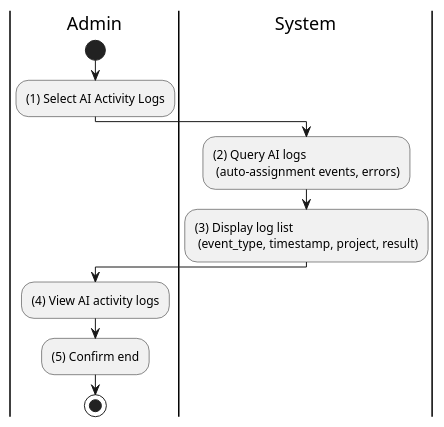
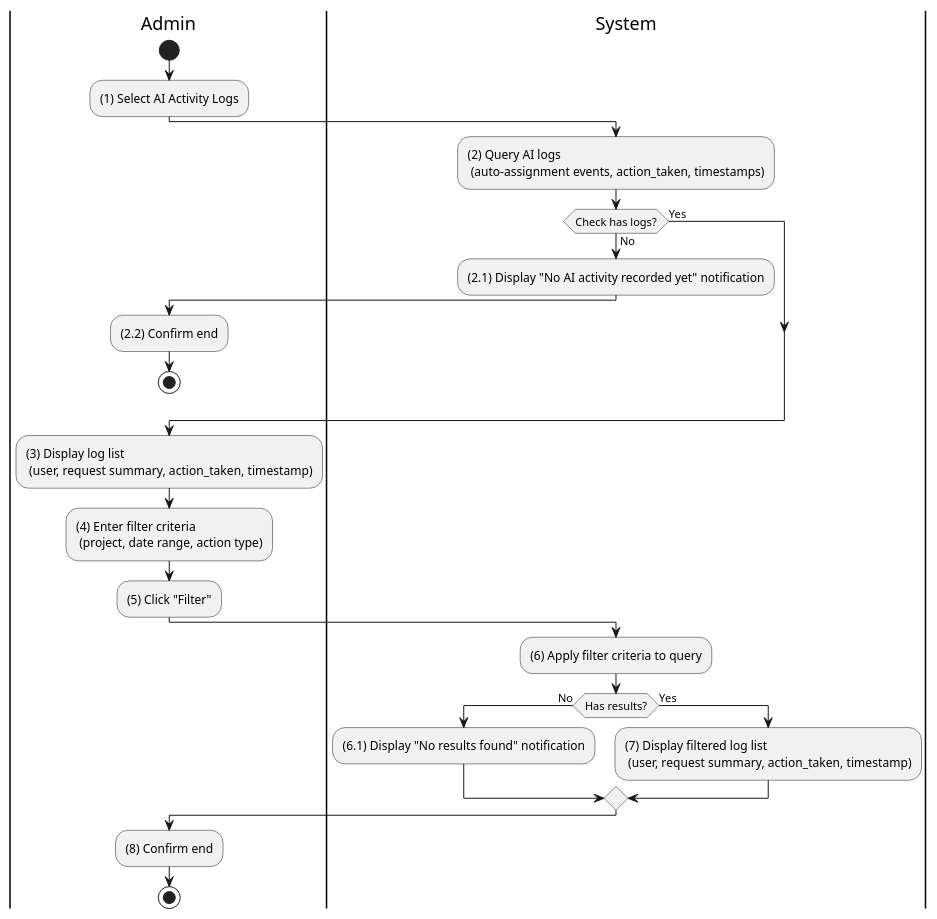
One commit to taskpilot-platform/taskpilot-platform.github.io changed the diagram in docs/docs/activity/ai-assistant/view-ai-activity-logs.md. Above: the diagram before and after it, drawn with PlantUML. The commit also changed 10 other files, not shown here.

First line of the commit message:
expand activity diagrams: add empty-state checks and filter flows

````diff
--- a/docs/docs/activity/ai-assistant/view-ai-activity-logs.md
+++ b/docs/docs/activity/ai-assistant/view-ai-activity-logs.md
@@ -3,20 +3,43 @@
 ```plantuml
 @startuml
 |A|Admin
 |S|System
 
 |A|
 start
 :(1) Select AI Activity Logs;
 
 |S|
-:(2) Query AI logs \n (auto-assignment events, errors);
-:(3) Display log list \n (event_type, timestamp, project, result);
+:(2) Query AI logs \n (auto-assignment events, action_taken, timestamps);
+
+if (Check has logs?) then (No)
+  :(2.1) Display "No AI activity recorded yet" notification;
+  |A|
+  :(2.2) Confirm end;
+  stop
+else (Yes)
+endif
+
+:(3) Display log list \n (user, request summary, action_taken, timestamp);
 
 |A|
-:(4) View AI activity logs;
-:(5) Confirm end;
+:(4) Enter filter criteria \n (project, date range, action type);
+:(5) Click "Filter";
+
+|S|
+:(6) Apply filter criteria to query;
+
+if (Has results?) then (No)
+  :(6.1) Display "No results found" notification;
+  |A|
+else (Yes)
+  |S|
+  :(7) Display filtered log list \n (user, request summary, action_taken, timestamp);
+  |A|
+endif
+
+:(8) Confirm end;
 
 stop
 @enduml
 ```
````
